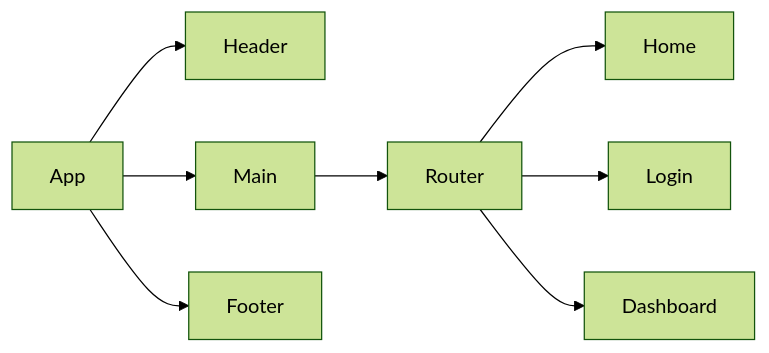
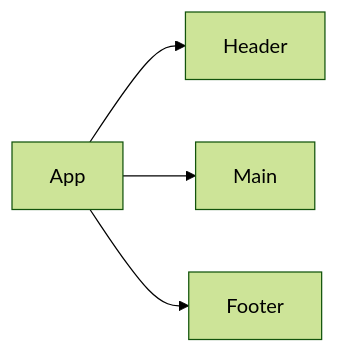
One commit to Banditolabs/Red-Planet-Express changed the diagram in docs/prd.md. Above: the diagram before and after it, drawn with Mermaid (forest theme). The commit also changed other lines of this file, not shown here.

Commit message:
Makes an edit to the Component Architecture

````diff
--- a/docs/prd.md
+++ b/docs/prd.md
@@ -51,10 +51,6 @@
 ```mermaid
 flowchart LR
   App-->Header
   App-->Main
   App-->Footer
-  Main-->Router
-  Router-->Home
-  Router-->Login
-  Router-->Dashboard
 ```
````
